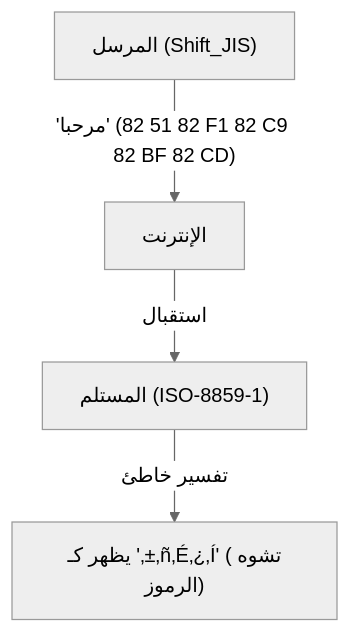
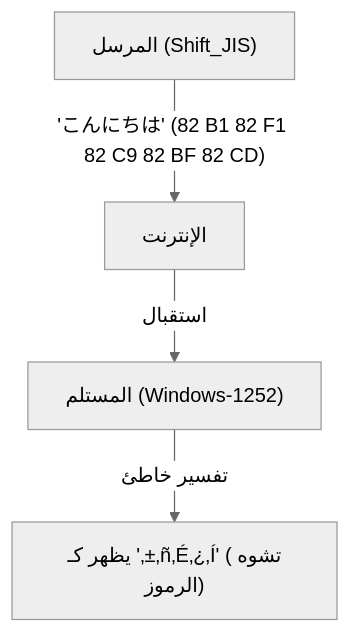
The first of 2 diagrams in content/post/history-of-unicode-encoding/index.ar.md (kenjinote/blog), drawn with Mermaid (neutral theme) before and after one commit. The commit also changed other lines of this file and 21 other files, not shown here.

````diff
--- a/content/post/history-of-unicode-encoding/index.ar.md
+++ b/content/post/history-of-unicode-encoding/index.ar.md
@@ -34,6 +35,6 @@
 ```mermaid
 graph TD
-    A["المرسل (Shift_JIS)"] -- "'مرحبا' (82 51 82 F1 82 C9 82 BF 82 CD)" --> B["الإنترنت"]
-    B -- "استقبال" --> C["المستلم (ISO-8859-1)"]
+    A["المرسل (Shift_JIS)"] -- "'こんにちは' (82 B1 82 F1 82 C9 82 BF 82 CD)" --> B["الإنترنت"]
+    B -- "استقبال" --> C["المستلم (Windows-1252)"]
     C -- "تفسير خاطئ" --> D["يظهر كـ '‚±‚ñ‚É‚¿‚Í' (تشوه الرموز)"]
 ```
````
